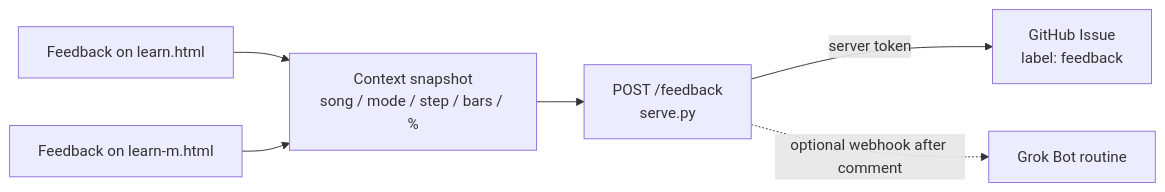
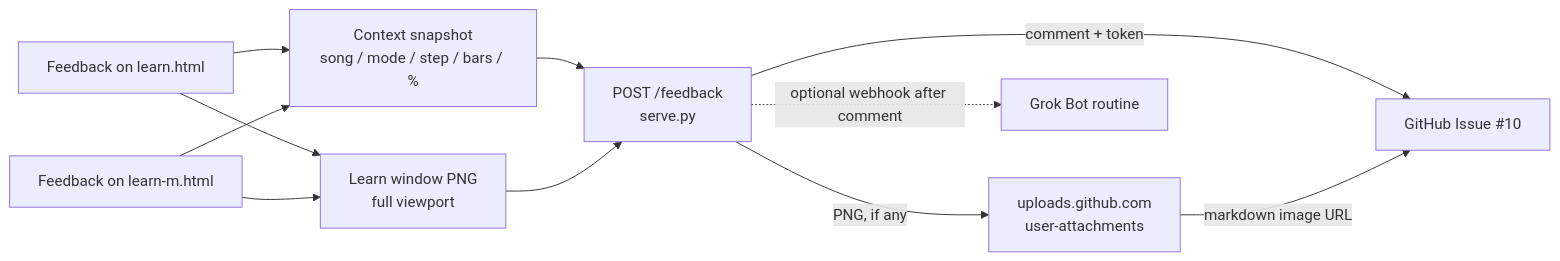
The third of 3 diagrams in docs/midiman/architecture.md (peak-luli/midiman), drawn with Mermaid before and after one commit. The commit also changed other lines of this file and 7 other files, not shown here.

First line of the commit message:
[E2][P0][I21] Attach a Learn screenshot with Feedback

````diff
--- a/docs/midiman/architecture.md
+++ b/docs/midiman/architecture.md
@@ -59,15 +59,22 @@
 ```mermaid
 flowchart LR
   uiL[Feedback on learn.html]
   uiP[Feedback on learn-m.html]
   snap[Context snapshot\nsong / mode / step / bars / %]
+  shot[Learn window PNG\nfull viewport]
   api["POST /feedback\nserve.py"]
-  inbox[GitHub Issue\nlabel: feedback]
+  upload[uploads.github.com\nuser-attachments]
+  inbox[GitHub Issue #10]
   grok[Grok Bot routine]
 
   uiL --> snap
   uiP --> snap
+  uiL --> shot
+  uiP --> shot
   snap --> api
-  api -->|server token| inbox
+  shot --> api
+  api -->|comment + token| inbox
+  api -->|PNG, if any| upload
+  upload -->|markdown image URL| inbox
   api -.->|optional webhook after comment| grok
 ```
````
